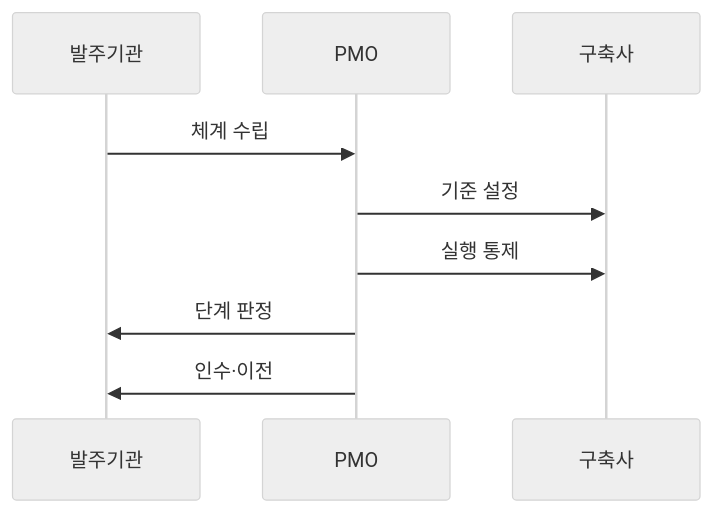
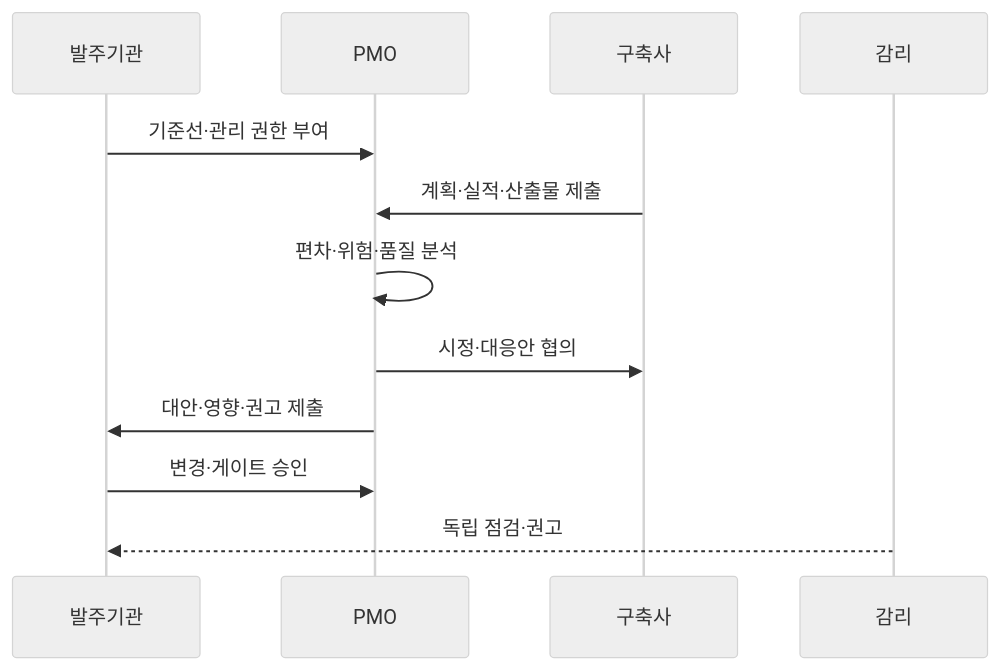
One commit to agnusdei1207/knowledge-base changed the second of 2 diagrams in src/content/docs/notes/03-software/191_pmo.md. Above: the diagram before and after it, drawn with Mermaid (neutral theme). The commit also changed other lines of this file and 7 other files, not shown here.

````diff
--- a/src/content/docs/notes/03-software/191_pmo.md
+++ b/src/content/docs/notes/03-software/191_pmo.md
@@ -90,11 +80,14 @@
 ```mermaid
 sequenceDiagram
     participant O as 발주기관
     participant P as PMO
     participant V as 구축사
-    O->>P: 체계 수립
-    P->>V: 기준 설정
-    P->>V: 실행 통제
-    P->>O: 단계 판정
-    P->>O: 인수·이전
+    participant A as 감리
+    O->>P: 기준선·관리 권한 부여
+    V->>P: 계획·실적·산출물 제출
+    P->>P: 편차·위험·품질 분석
+    P->>V: 시정·대응안 협의
+    P->>O: 대안·영향·권고 제출
+    O->>P: 변경·게이트 승인
+    A-->>O: 독립 점검·권고
 ```
````
